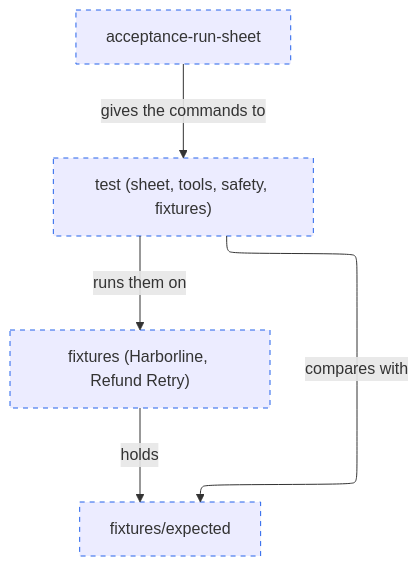
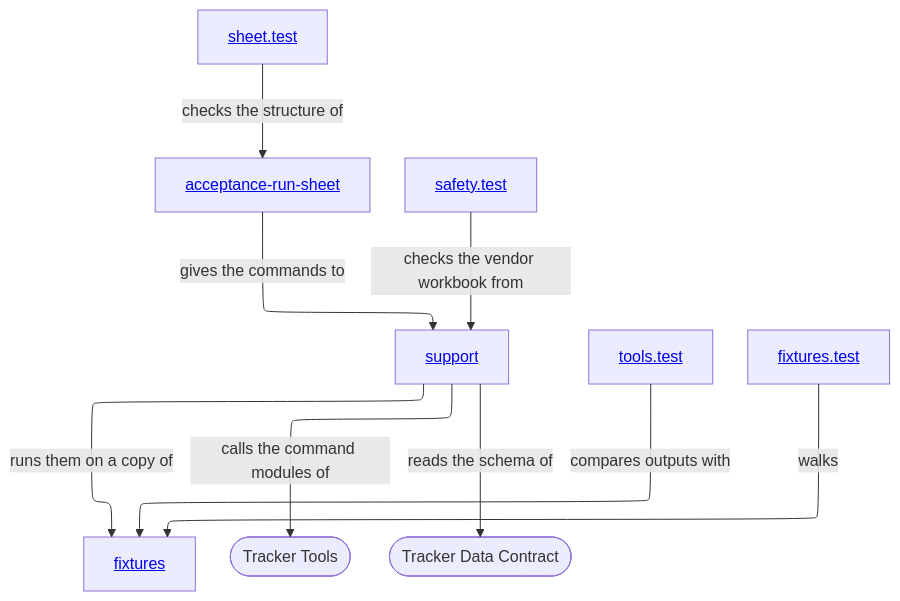
Before and after one commit to vrparthasarathy/migration-job-discovery: the diagram in end-to-end-acceptance-test/README.md, drawn with Mermaid. The commit also changed other lines of this file and 48 other files, not shown here.

Commit message:
Add End-To-End Acceptance Test folder.

````diff
--- a/end-to-end-acceptance-test/README.md
+++ b/end-to-end-acceptance-test/README.md
@@ -67,17 +28,16 @@
 ```mermaid
 ---
 config:
   layout: elk
 ---
 %%{init: {"securityLevel": "loose"}}%%
 flowchart TB
-  sheet["acceptance-run-sheet"]:::planned
-  fixtures["fixtures (Harborline, Refund Retry)"]:::planned
-  expected["fixtures/expected"]:::planned
-  tests["test (sheet, tools, safety, fixtures)"]:::planned
-  sheet -->|"gives the commands to"| tests
-  tests -->|"runs them on"| fixtures
-  tests -->|"compares with"| expected
-  fixtures -->|"holds"| expected
-  classDef planned stroke-dasharray: 5 5,stroke:#2563eb
+  sheet["<a href='acceptance-run-sheet.md'>acceptance-run-sheet</a>"] -->|"gives the commands to"| support["<a href='test/support.ts'>support</a>"]
+  support -->|"runs them on a copy of"| fixtures["<a href='fixtures/expected/s03-review-rows.csv'>fixtures</a>"]
+  support -->|"calls the command modules of"| tools(["Tracker Tools"])
+  sheet2["<a href='test/sheet.test.ts'>sheet.test</a>"] -->|"checks the structure of"| sheet
+  tools2["<a href='test/tools.test.ts'>tools.test</a>"] -->|"compares outputs with"| fixtures
+  safety["<a href='test/safety.test.ts'>safety.test</a>"] -->|"checks the vendor workbook from"| support
+  fix["<a href='test/fixtures.test.ts'>fixtures.test</a>"] -->|"walks"| fixtures
+  support -->|"reads the schema of"| contract(["Tracker Data Contract"])
 ```
````
